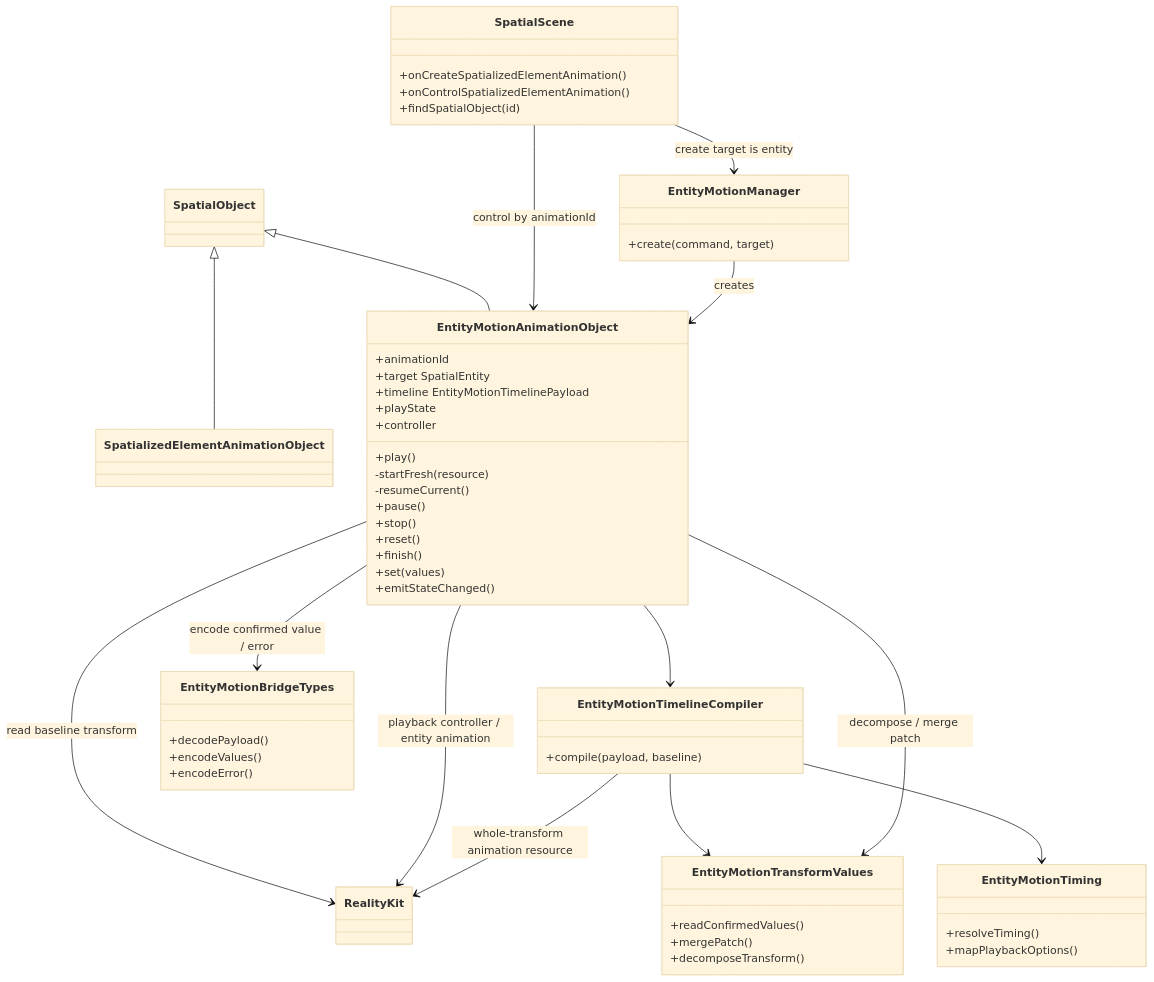
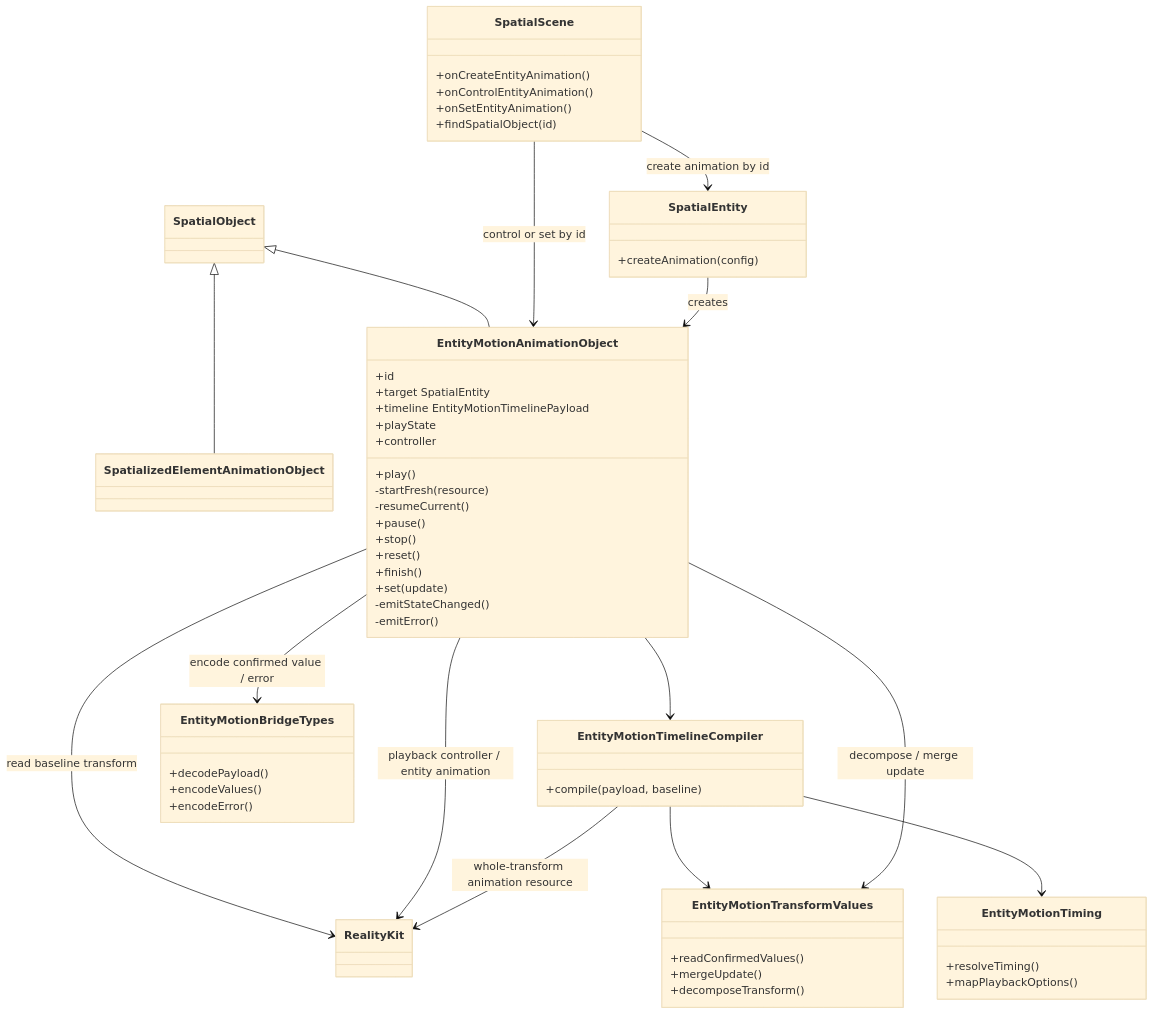
One commit to webspatial/webspatial-sdk changed the seventh of 14 diagrams in openspec/changes/redesign-entity-motion-api/design.md. Above: the diagram before and after it, drawn with Mermaid (base theme). The commit also changed other lines of this file and 7 other files, not shown here.

````diff
--- a/openspec/changes/redesign-entity-motion-api/design.md
+++ b/openspec/changes/redesign-entity-motion-api/design.md
@@ -741,61 +816,63 @@
 ```mermaid
 classDiagram
     class SpatialObject
     class SpatializedElementAnimationObject
     class SpatialScene {
-        +onCreateSpatializedElementAnimation()
-        +onControlSpatializedElementAnimation()
+        +onCreateEntityAnimation()
+        +onControlEntityAnimation()
+        +onSetEntityAnimation()
         +findSpatialObject(id)
     }
-    class EntityMotionManager {
-        +create(command, target)
+    class SpatialEntity {
+        +createAnimation(config)
     }
     class EntityMotionAnimationObject {
-        +animationId
+        +id
         +target SpatialEntity
         +timeline EntityMotionTimelinePayload
         +playState
         +controller
         +play()
         -startFresh(resource)
         -resumeCurrent()
         +pause()
         +stop()
         +reset()
         +finish()
-        +set(values)
-        +emitStateChanged()
+        +set(update)
+        -emitStateChanged()
+        -emitError()
     }
     class EntityMotionTimelineCompiler {
         +compile(payload, baseline)
     }
     class EntityMotionBridgeTypes {
         +decodePayload()
         +encodeValues()
         +encodeError()
     }
     class EntityMotionTiming {
         +resolveTiming()
         +mapPlaybackOptions()
     }
     class EntityMotionTransformValues {
         +readConfirmedValues()
-        +mergePatch()
+        +mergeUpdate()
         +decomposeTransform()
     }
     class RealityKit
 
     SpatialObject <|-- SpatializedElementAnimationObject
     SpatialObject <|-- EntityMotionAnimationObject
-    SpatialScene --> EntityMotionManager : create target is entity
-    SpatialScene --> EntityMotionAnimationObject : control by animationId
-    EntityMotionManager --> EntityMotionAnimationObject : creates
+    SpatialScene --> SpatialEntity : create animation by id
+    SpatialScene --> EntityMotionAnimationObject : control or set by id
+    SpatialEntity --> EntityMotionAnimationObject : creates
     EntityMotionAnimationObject --> EntityMotionTimelineCompiler
     EntityMotionTimelineCompiler --> EntityMotionTiming
     EntityMotionTimelineCompiler --> EntityMotionTransformValues
     EntityMotionAnimationObject --> RealityKit : read baseline transform
-    EntityMotionAnimationObject --> EntityMotionTransformValues : decompose / merge patch
+    EntityMotionAnimationObject --> EntityMotionTransformValues : decompose / merge update
     EntityMotionAnimationObject --> EntityMotionBridgeTypes : encode confirmed value / error
     EntityMotionAnimationObject --> RealityKit : playback controller / entity animation
     EntityMotionTimelineCompiler --> RealityKit : whole-transform animation resource
 ```
````
